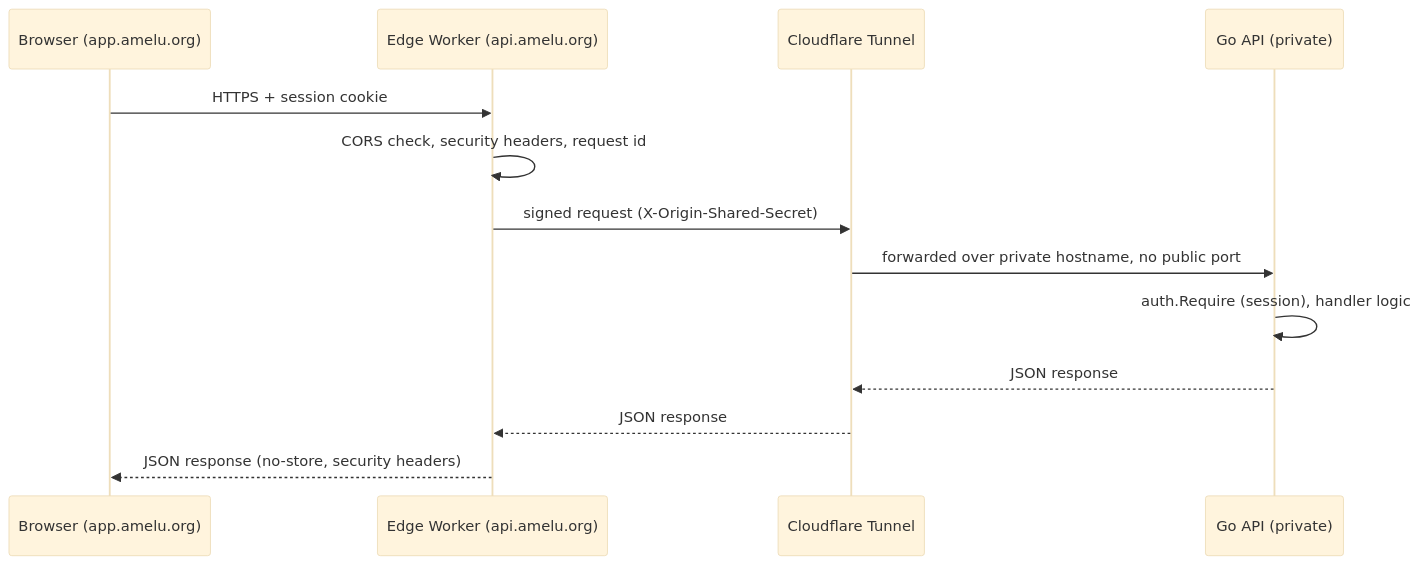
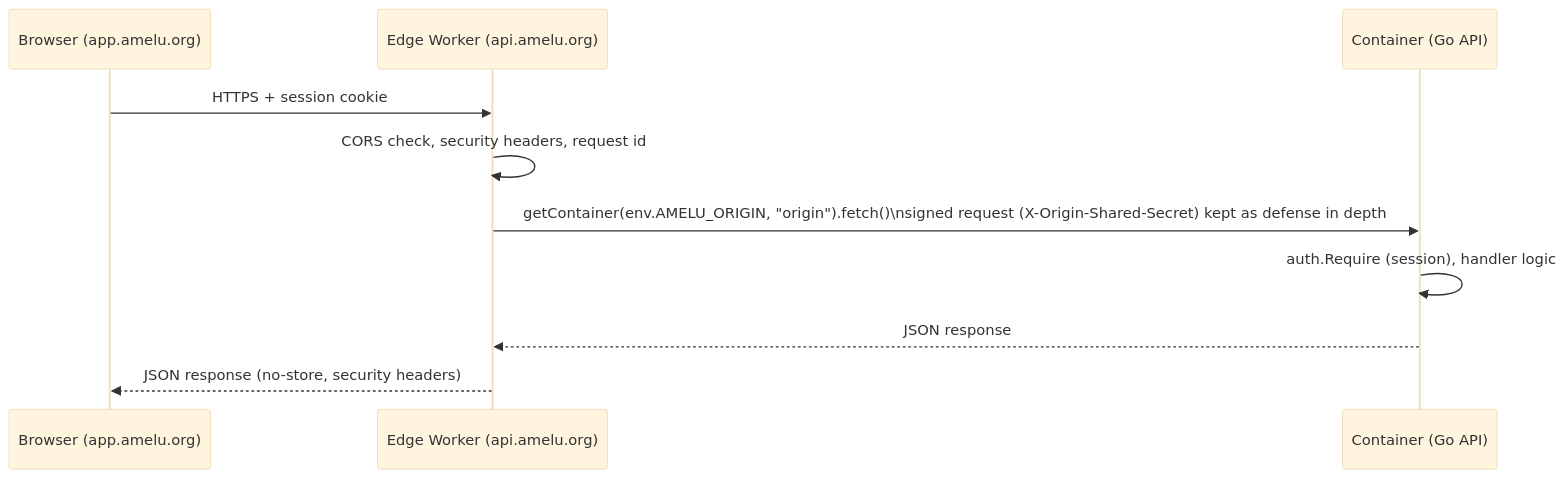
Before and after one commit to ordnary-com/amelu: the second of 4 diagrams in docs/cloudflare/ARCHITECTURE.md, drawn with Mermaid (base theme). The commit also changed other lines of this file and 22 other files, not shown here.

First line of the commit message:
Migrate origin to Cloudflare Containers and Postgres to Neon

````diff
--- a/docs/cloudflare/ARCHITECTURE.md
+++ b/docs/cloudflare/ARCHITECTURE.md
@@ -44,16 +50,13 @@
 ```mermaid
 sequenceDiagram
     participant B as Browser (app.amelu.org)
     participant W as Edge Worker (api.amelu.org)
-    participant T as Cloudflare Tunnel
-    participant G as Go API (private)
+    participant C as Container (Go API)
 
     B->>W: HTTPS + session cookie
     W->>W: CORS check, security headers, request id
-    W->>T: signed request (X-Origin-Shared-Secret)
-    T->>G: forwarded over private hostname, no public port
-    G->>G: auth.Require (session), handler logic
-    G-->>T: JSON response
-    T-->>W: JSON response
+    W->>C: getContainer(env.AMELU_ORIGIN, "origin").fetch()\nsigned request (X-Origin-Shared-Secret) kept as defense in depth
+    C->>C: auth.Require (session), handler logic
+    C-->>W: JSON response
     W-->>B: JSON response (no-store, security headers)
 ```
````
